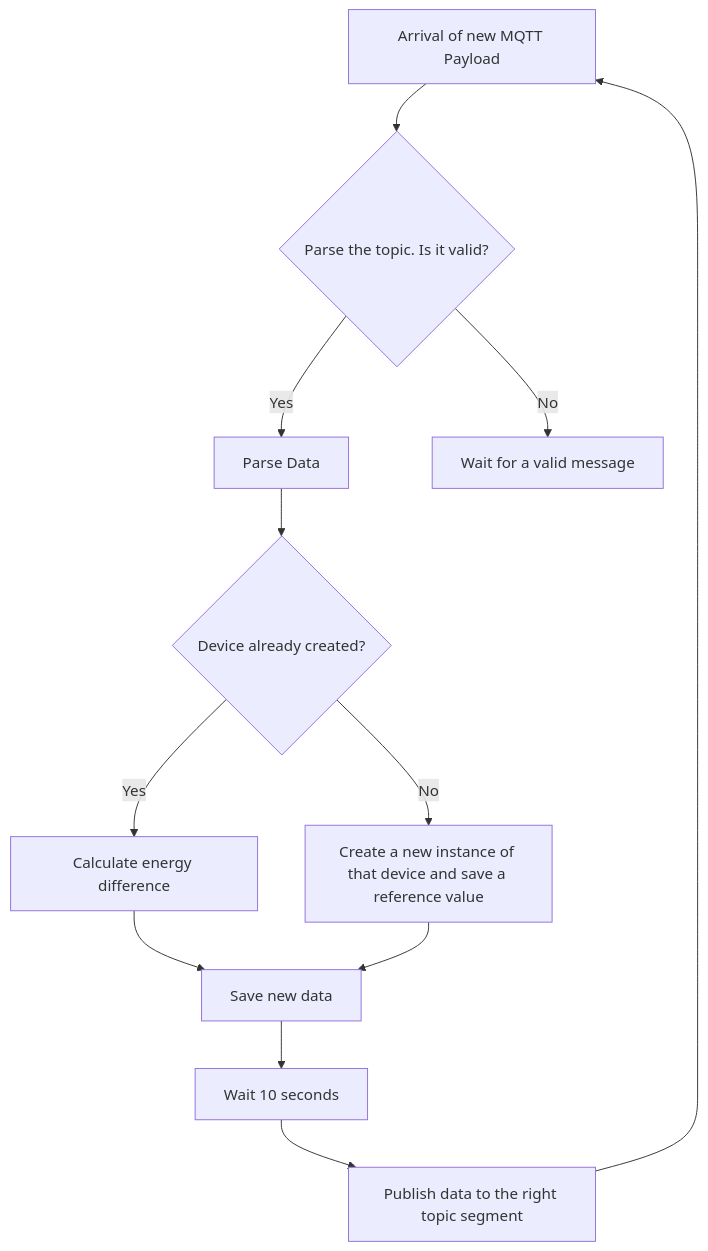
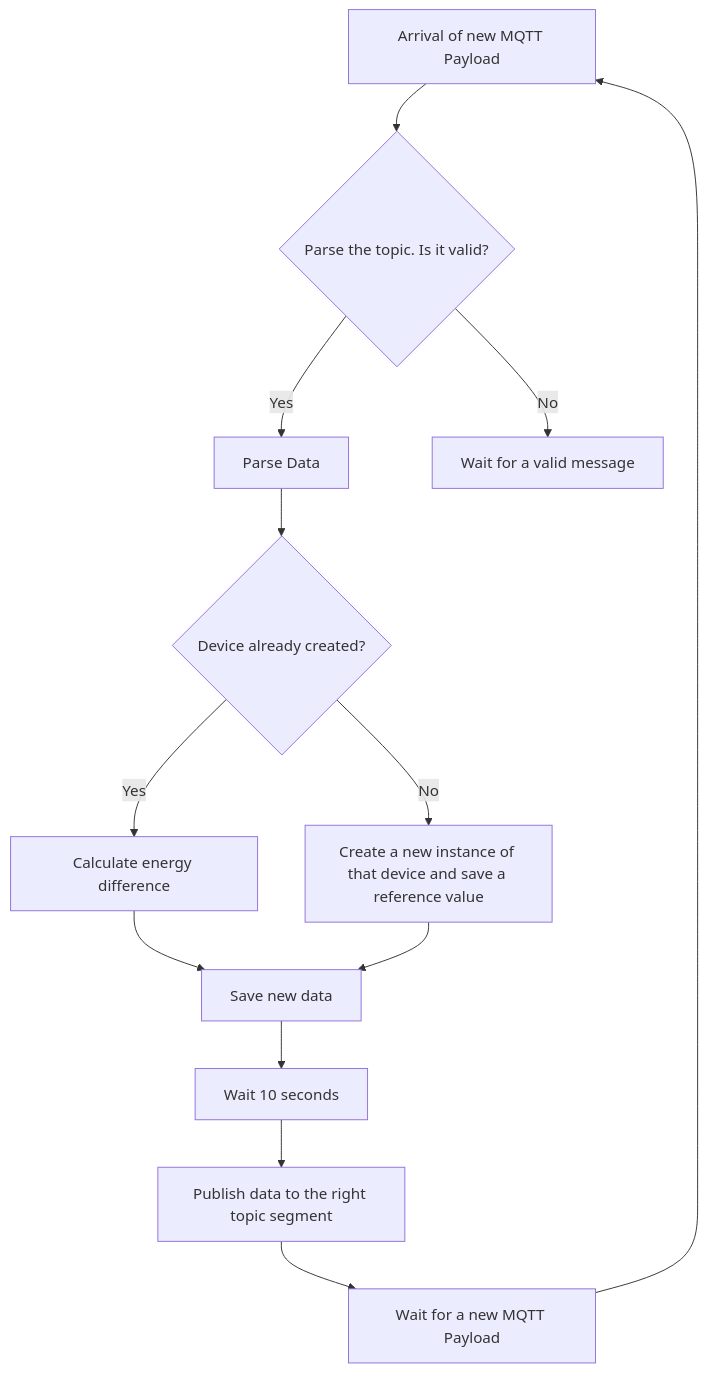
One commit to CorefluxCommunity/Coreflux-Energy_Monitoring_System changed the diagram in README.md. Above: the diagram before and after it, drawn with Mermaid.

````diff
--- a/README.md
+++ b/README.md
@@ -73,11 +73,11 @@
 ```mermaid
 graph TD;
     A[Arrival of new MQTT Payload] --> B{Parse the topic. Is it valid?};
     B -- Yes --> C[Parse Data];
     B -- No --> D[Wait for a valid message];
     C --> E{Device already created?};
     E -- Yes --> F[Calculate energy difference] --> H[Save new data];
     E -- No --> G[Create a new instance of that device and save a reference value] --> H[Save new data];
-    H --> I[Wait 10 seconds] --> J[Publish data to the right topic segment] --> A;
+    H --> I[Wait 10 seconds] --> J[Publish data to the right topic segment] --> K[Wait for a new MQTT Payload] --> A;
    
 ```
````
